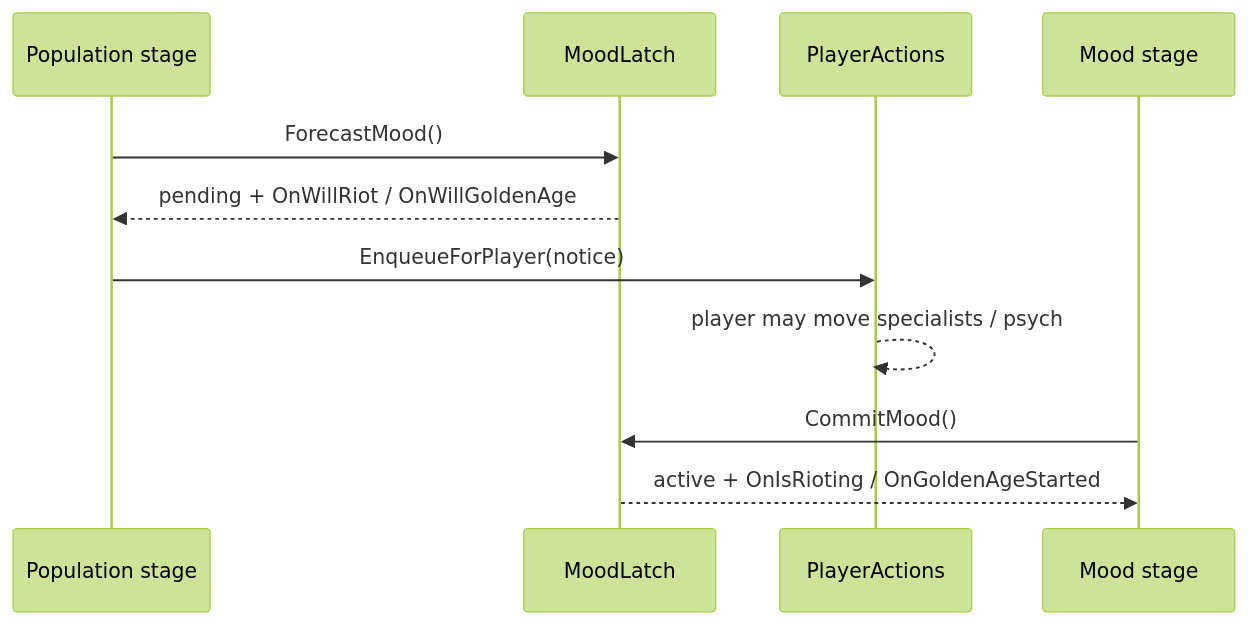
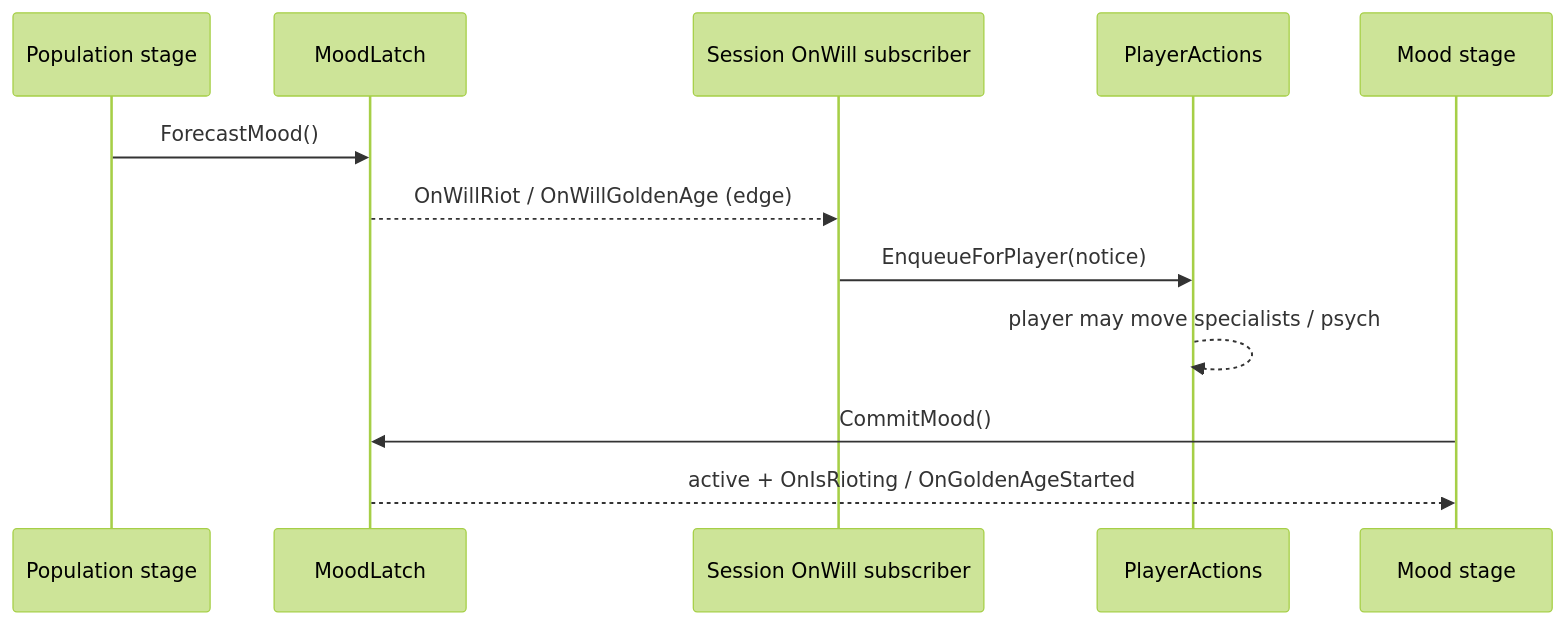
The second of 2 diagrams in docs/architecture/population-system.md (kilianloftis/alpha-centauri), drawn with Mermaid (forest theme) before and after one commit. The commit also changed other lines of this file and 39 other files, not shown here.

````diff
--- a/docs/architecture/population-system.md
+++ b/docs/architecture/population-system.md
@@ -130,14 +130,15 @@
 ```mermaid
 sequenceDiagram
     participant Population as Population stage
     participant Latch as MoodLatch
+    participant Session as Session OnWill subscriber
     participant Player as PlayerActions
     participant Mood as Mood stage
 
     Population->>Latch: ForecastMood()
-    Latch-->>Population: pending + OnWillRiot / OnWillGoldenAge
-    Population->>Player: EnqueueForPlayer(notice)
+    Latch-->>Session: OnWillRiot / OnWillGoldenAge (edge)
+    Session->>Player: EnqueueForPlayer(notice)
     Player-->>Player: player may move specialists / psych
     Mood->>Latch: CommitMood()
     Latch-->>Mood: active + OnIsRioting / OnGoldenAgeStarted
 ```
````
